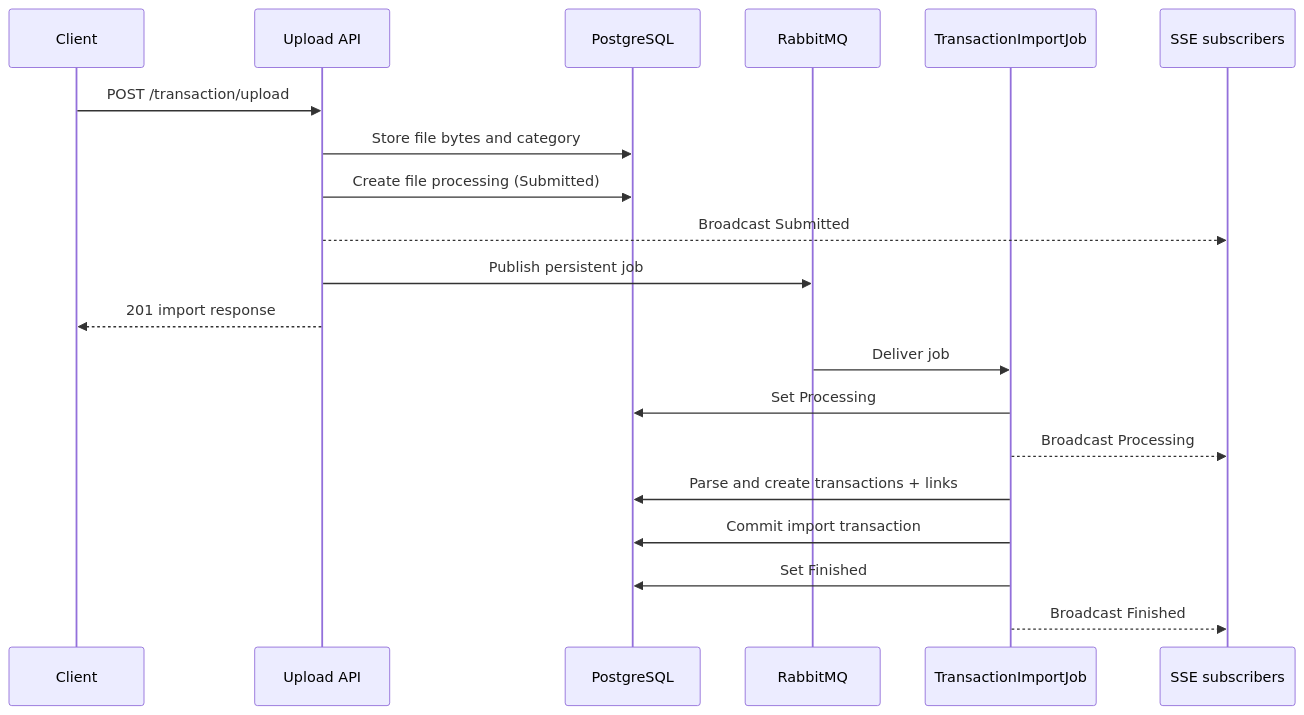
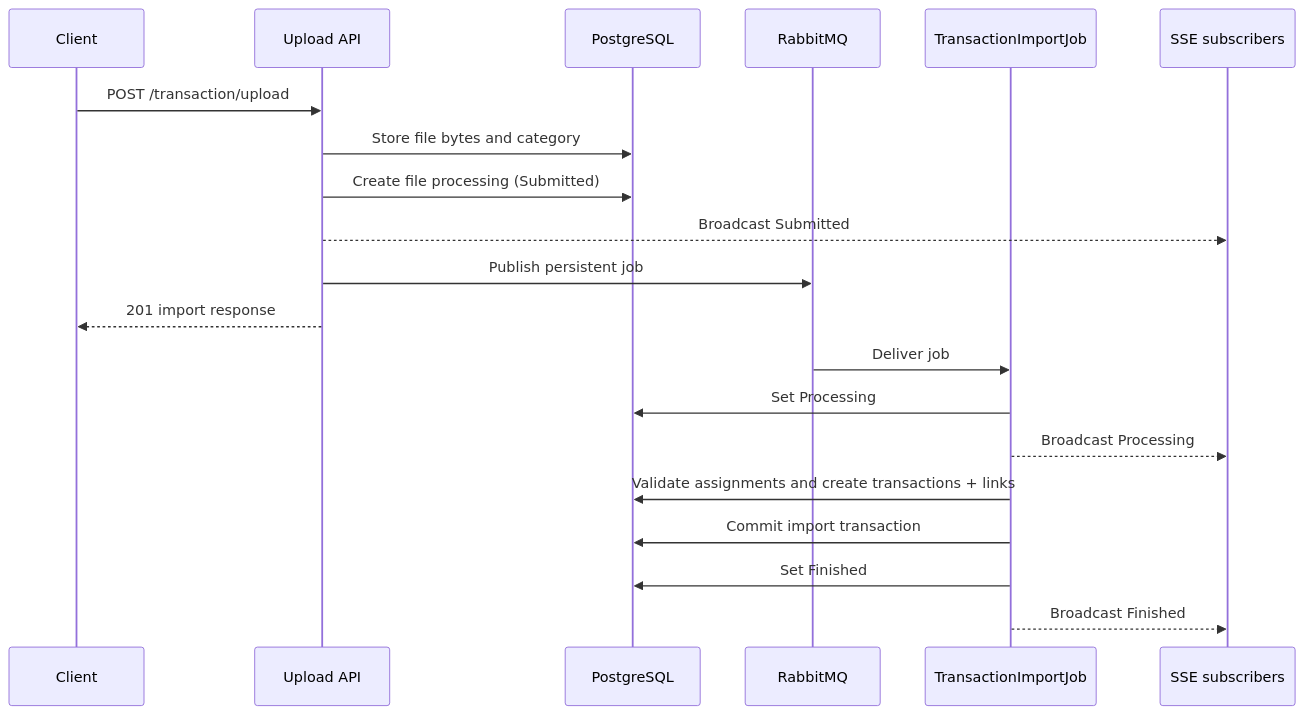
Before and after one commit to gabriel-waltmann/finance-manager: the first of 2 diagrams in docs/features/file-processing.md, drawn with Mermaid. The commit also changed other lines of this file and 17 other files, not shown here.

````diff
--- a/docs/features/file-processing.md
+++ b/docs/features/file-processing.md
@@ -24,23 +24,23 @@
 ```mermaid
 sequenceDiagram
     participant Client
     participant API as Upload API
     participant DB as PostgreSQL
     participant Queue as RabbitMQ
     participant Worker as TransactionImportJob
     participant SSE as SSE subscribers
 
     Client->>API: POST /transaction/upload
     API->>DB: Store file bytes and category
     API->>DB: Create file processing (Submitted)
     API-->>SSE: Broadcast Submitted
     API->>Queue: Publish persistent job
     API-->>Client: 201 import response
     Queue->>Worker: Deliver job
     Worker->>DB: Set Processing
     Worker-->>SSE: Broadcast Processing
-    Worker->>DB: Parse and create transactions + links
+    Worker->>DB: Validate assignments and create transactions + links
     Worker->>DB: Commit import transaction
     Worker->>DB: Set Finished
     Worker-->>SSE: Broadcast Finished
 ```
````
